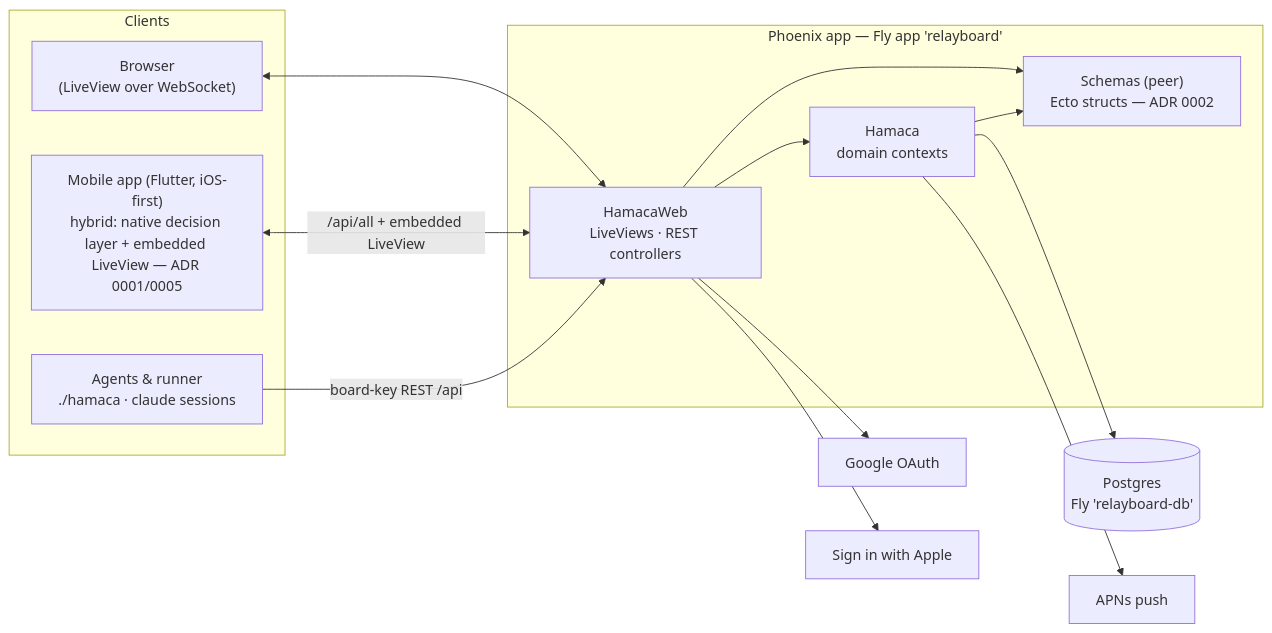
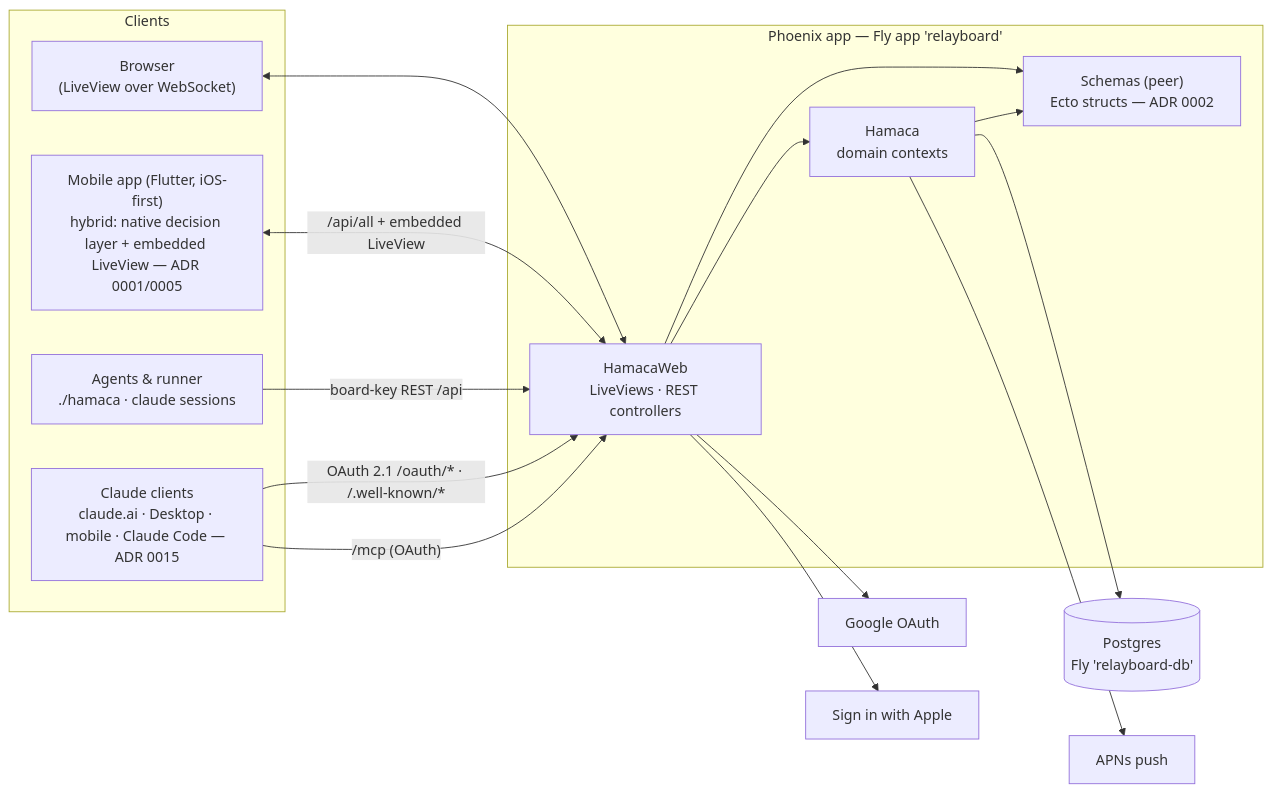
The diagram in docs/architecture/README.md (jeremylightsmith/relay), drawn with Mermaid before and after one commit. The commit also changed other lines of this file and 56 other files, not shown here.

First line of the commit message:
RE519 MCP server so that I can talk to all my boards from claude

````diff
--- a/docs/architecture/README.md
+++ b/docs/architecture/README.md
@@ -15,27 +15,30 @@
 ```mermaid
 flowchart LR
     subgraph client["Clients"]
         browser["Browser<br/>(LiveView over WebSocket)"]
         mobile["Mobile app (Flutter, iOS-first)<br/>hybrid: native decision layer + embedded LiveView — ADR 0001/0005"]
         agents["Agents & runner<br/>./hamaca · claude sessions"]
+        claude["Claude clients<br/>claude.ai · Desktop · mobile · Claude Code — ADR 0015"]
     end
     subgraph fly["Phoenix app — Fly app 'relayboard'"]
         web["HamacaWeb<br/>LiveViews · REST controllers"]
         domain["Hamaca<br/>domain contexts"]
         schemas["Schemas (peer)<br/>Ecto structs — ADR 0002"]
         web --> domain
         web --> schemas
         domain --> schemas
     end
     pg[("Postgres<br/>Fly 'relayboard-db'")]
     google["Google OAuth"]
     apple["Sign in with Apple"]
     apns["APNs push"]
     browser <--> web
     mobile <-- "/api/all + embedded LiveView" --> web
     agents -- "board-key REST /api" --> web
+    claude -- "OAuth 2.1 /oauth/* · /.well-known/*" --> web
+    claude -- "/mcp (OAuth)" --> web
     domain --> pg
     web --> google
     web --> apple
     domain --> apns
 ```
````
